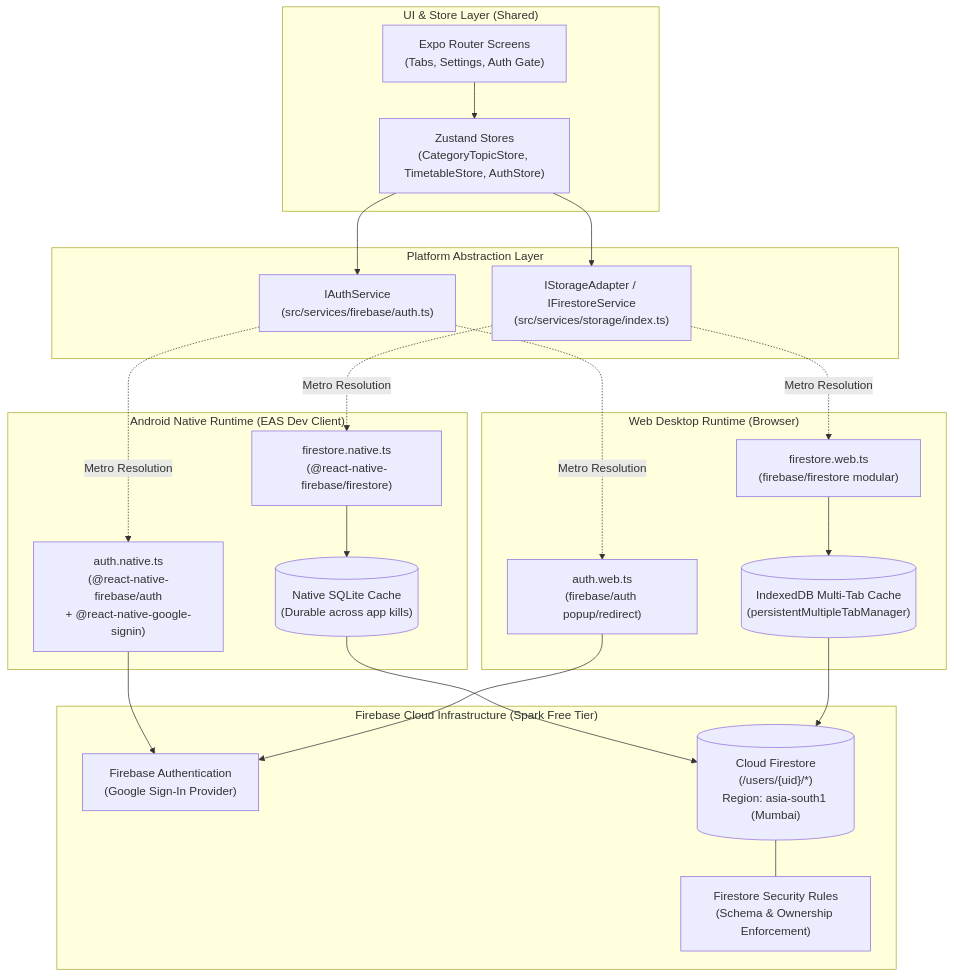
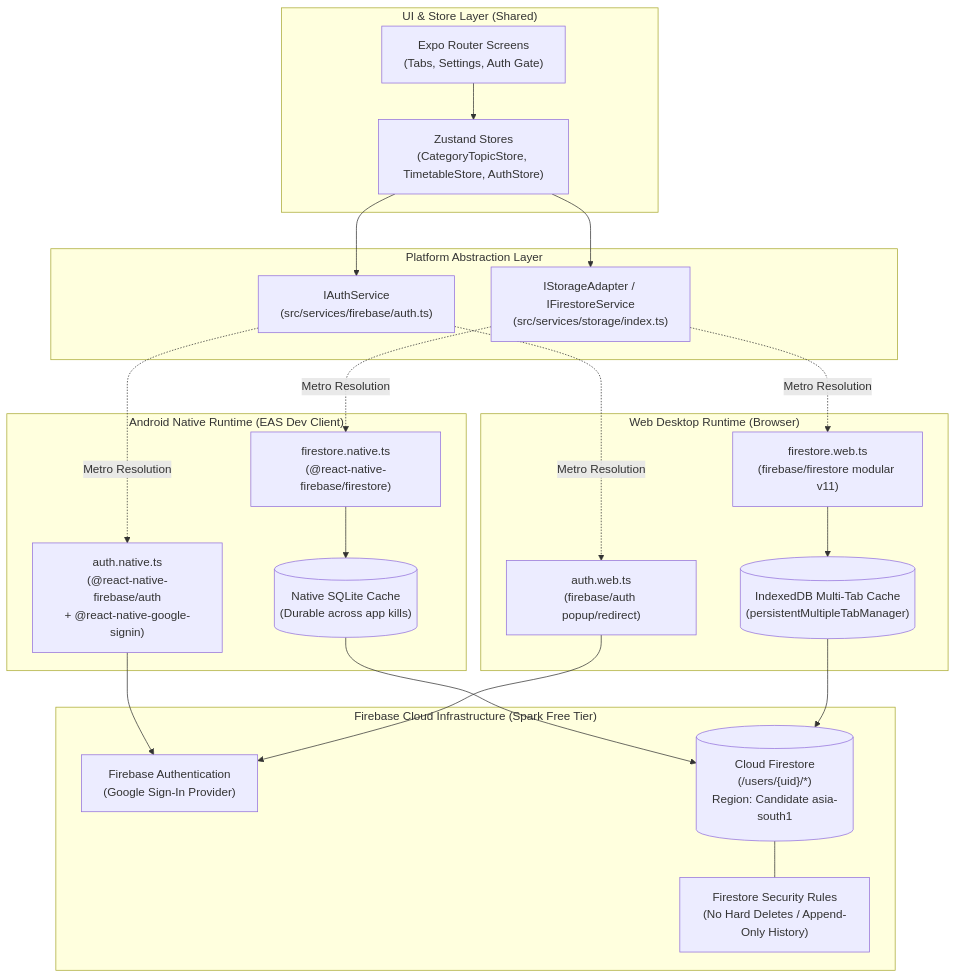
Before and after one commit to MelvinEmmanuelTheodore/Task-managment-app-or-website: the first of 3 diagrams in MILESTONE_B_PLAN.md, drawn with Mermaid. The commit also changed other lines of this file, not shown here.

Commit message:
docs: revise MILESTONE_B_PLAN.md addressing ChatGPT review on rules, migration safety, merge, dependencies, and region

````diff
--- a/MILESTONE_B_PLAN.md
+++ b/MILESTONE_B_PLAN.md
@@ -32,43 +39,43 @@
 ```mermaid
 flowchart TD
     subgraph UI["UI & Store Layer (Shared)"]
         SCREENS["Expo Router Screens\n(Tabs, Settings, Auth Gate)"]
         STORES["Zustand Stores\n(CategoryTopicStore, TimetableStore, AuthStore)"]
     end
 
     subgraph Abstraction["Platform Abstraction Layer"]
         AUTH_IFACE["IAuthService\n(src/services/firebase/auth.ts)"]
         STORE_IFACE["IStorageAdapter / IFirestoreService\n(src/services/storage/index.ts)"]
     end
 
     subgraph NativePlatform["Android Native Runtime (EAS Dev Client)"]
         AUTH_NATIVE["auth.native.ts\n(@react-native-firebase/auth\n+ @react-native-google-signin)"]
         FS_NATIVE["firestore.native.ts\n(@react-native-firebase/firestore)"]
         SQLITE_CACHE[("Native SQLite Cache\n(Durable across app kills)")]
     end
 
     subgraph WebPlatform["Web Desktop Runtime (Browser)"]
         AUTH_WEB["auth.web.ts\n(firebase/auth popup/redirect)"]
-        FS_WEB["firestore.web.ts\n(firebase/firestore modular)"]
+        FS_WEB["firestore.web.ts\n(firebase/firestore modular v11)"]
         INDEXEDDB_CACHE[("IndexedDB Multi-Tab Cache\n(persistentMultipleTabManager)")]
     end
 
     subgraph Cloud["Firebase Cloud Infrastructure (Spark Free Tier)"]
         FIREBASE_AUTH["Firebase Authentication\n(Google Sign-In Provider)"]
-        FIRESTORE_CLOUD[("Cloud Firestore\n(/users/{uid}/*)\nRegion: asia-south1 (Mumbai)")]
-        SECURITY_RULES["Firestore Security Rules\n(Schema & Ownership Enforcement)"]
+        FIRESTORE_CLOUD[("Cloud Firestore\n(/users/{uid}/*)\nRegion: Candidate asia-south1")]
+        SECURITY_RULES["Firestore Security Rules\n(No Hard Deletes / Append-Only History)"]
     end
 
     SCREENS --> STORES
     STORES --> AUTH_IFACE
     STORES --> STORE_IFACE
     AUTH_IFACE -. Metro Resolution .-> AUTH_NATIVE
     AUTH_IFACE -. Metro Resolution .-> AUTH_WEB
     STORE_IFACE -. Metro Resolution .-> FS_NATIVE
     STORE_IFACE -. Metro Resolution .-> FS_WEB
     AUTH_NATIVE --> FIREBASE_AUTH
     AUTH_WEB --> FIREBASE_AUTH
     FS_NATIVE --> SQLITE_CACHE --> FIRESTORE_CLOUD
     FS_WEB --> INDEXEDDB_CACHE --> FIRESTORE_CLOUD
     FIRESTORE_CLOUD --- SECURITY_RULES
 ```
````
